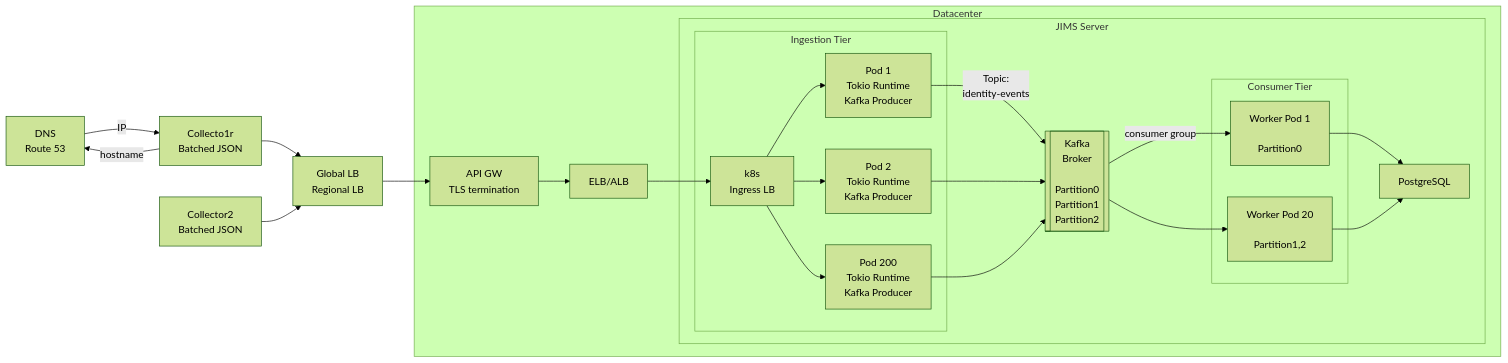
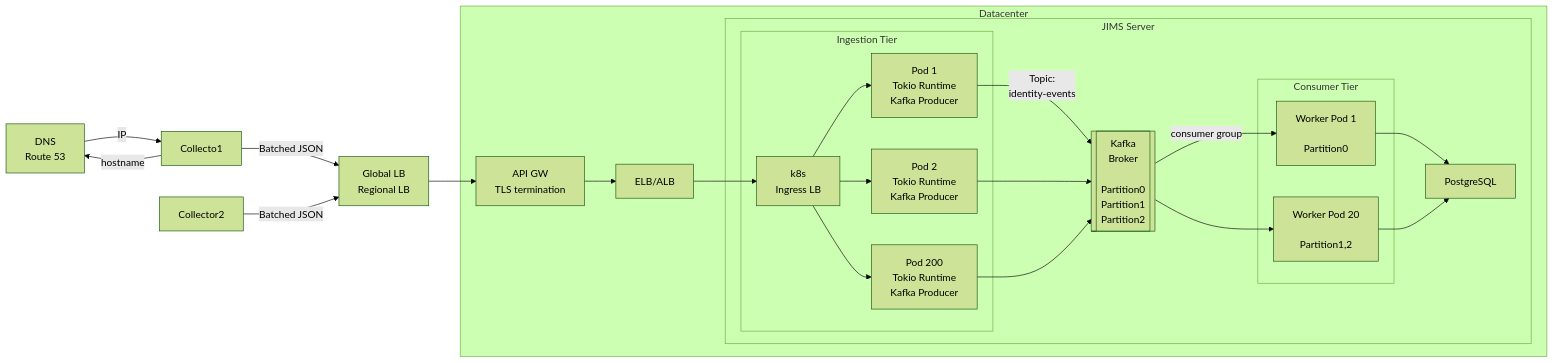
One commit to code-with-amitk/IdentityBridge changed the diagram in Documentation/Scaling_1.5M_Requests_per_sec/README.adoc. Above: the diagram before and after it, drawn with Mermaid (forest theme).

````diff
--- a/Documentation/Scaling_1.5M_Requests_per_sec/README.adoc
+++ b/Documentation/Scaling_1.5M_Requests_per_sec/README.adoc
@@ -6,48 +6,48 @@
 ```mermaid
 flowchart LR
     DNS["DNS<br>Route 53"]
-    C1["Collecto1r<br/>Batched JSON"]
-    C2["Collector2<br/>Batched JSON"]
+    C1["Collecto1"]
+    C2["Collector2"]
     GLB["Global LB<br>Regional LB"]
     
     subgraph Datacenter
         APIGW["API GW<br/>TLS termination"]
         LB["ELB/ALB"]
         subgraph JIMS Server
             subgraph API["Ingestion Tier"]
                 KLB["k8s<br>Ingress LB"]
                 P1["Pod 1<br/>Tokio Runtime<br> Kafka Producer"]
                 P2["Pod 2<br/>Tokio Runtime<br> Kafka Producer"]
                 PN["Pod 200<br/>Tokio Runtime<br> Kafka Producer"]
             end
             K[["Kafka<br>Broker<br><br> Partition0<br>Partition1<br>Partition2"]]
             subgraph Workers["Consumer Tier"]
                 W1["Worker Pod 1<br><br>Partition0"]
                 W2["Worker Pod 20<br><br>Partition1,2"]
             end
             DB["PostgreSQL"]
         end
     end
 
     C1 -->|hostname|DNS
     DNS -->|IP|C1
 
-    C1 -->GLB
-    C2 -->GLB
+    C1 -->|Batched JSON| GLB
+    C2 -->|Batched JSON| GLB
     GLB --> APIGW
     APIGW --> LB
     LB --> KLB
     KLB --> P1
     KLB --> P2
     KLB --> PN
 
     P1 -->|Topic:<br>identity-events| K
     P2 --> K
     PN --> K
 
     K -->|consumer group| W1
     K --> W2
 
     W1 --> DB
     W2 --> DB
 ```
````
